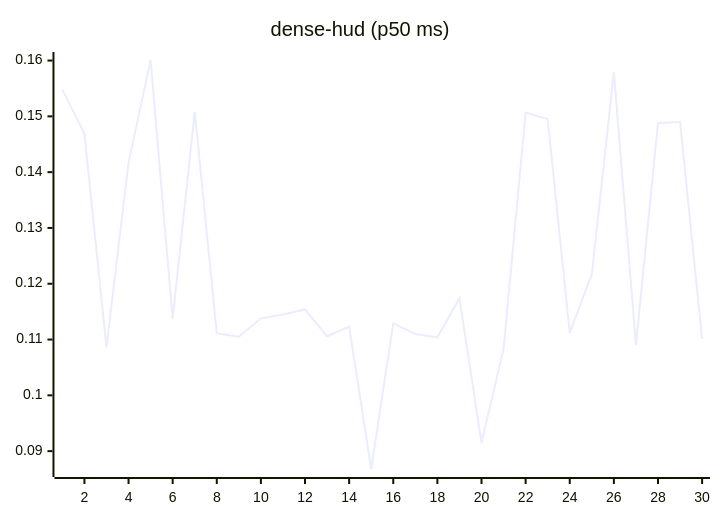
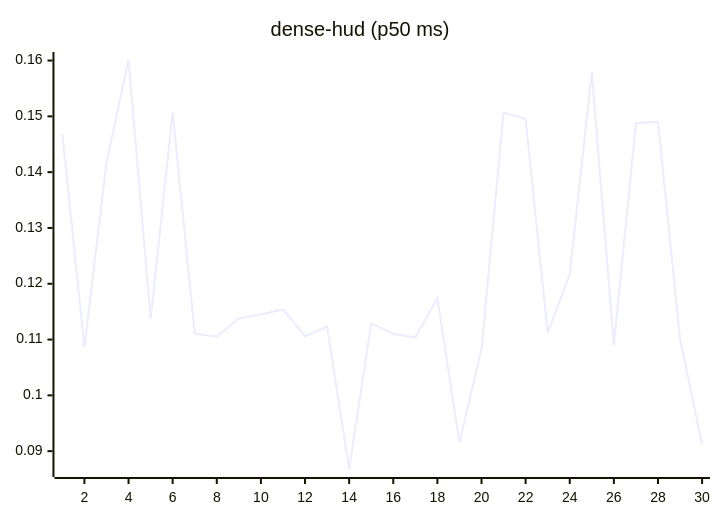
One commit to josha/Facet changed the eighth of 27 diagrams in README.md. Above: the diagram before and after it, drawn with Mermaid. The commit also changed other lines of this file and 2 other files, not shown here.

````diff
--- a/README.md
+++ b/README.md
@@ -112,6 +112,6 @@
 ```mermaid
 xychart-beta
     title "dense-hud (p50 ms)"
     x-axis 1 --> 30
-    line [0.1548, 0.1469, 0.1086, 0.1417, 0.1601, 0.1137, 0.1508, 0.1111, 0.1105, 0.1138, 0.1145, 0.1154, 0.1106, 0.1123, 0.0868, 0.1129, 0.1110, 0.1104, 0.1174, 0.0915, 0.1083, 0.1507, 0.1495, 0.1112, 0.1217, 0.1579, 0.1090, 0.1488, 0.1490, 0.1101]
+    line [0.1469, 0.1086, 0.1417, 0.1601, 0.1137, 0.1508, 0.1111, 0.1105, 0.1138, 0.1145, 0.1154, 0.1106, 0.1123, 0.0868, 0.1129, 0.1110, 0.1104, 0.1174, 0.0915, 0.1083, 0.1507, 0.1495, 0.1112, 0.1217, 0.1579, 0.1090, 0.1488, 0.1490, 0.1101, 0.0912]
 ```
````
